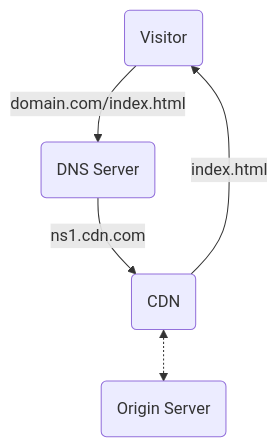
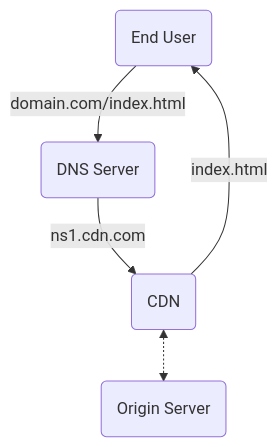
Before and after one commit to bingyangchen/KM-software: the diagram in Web Development/CDN.md, drawn with Mermaid. The commit also changed other lines of this file and 23 other files, not shown here.

````diff
--- a/Web Development/CDN.md
+++ b/Web Development/CDN.md
@@ -11,11 +12,11 @@
 ```mermaid
 flowchart TD
-    id1(Visitor)
+    id1(End User)
     id2(DNS Server)
     id3(CDN)
     id4(Origin Server)
     id1--domain.com/index.html-->id2
     id2--ns1.cdn.com-->id3
     id3<-.->id4
     id3--index.html-->id1
 ```
````
